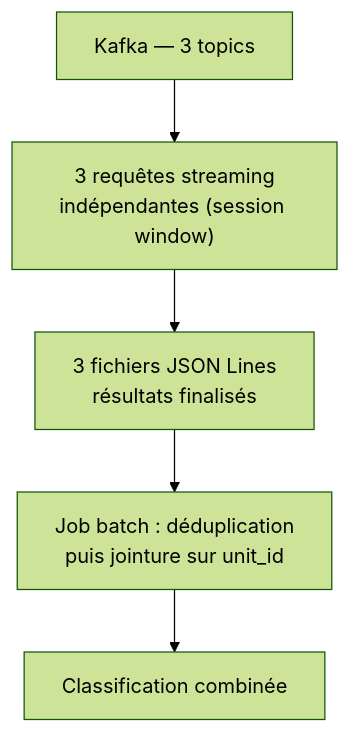
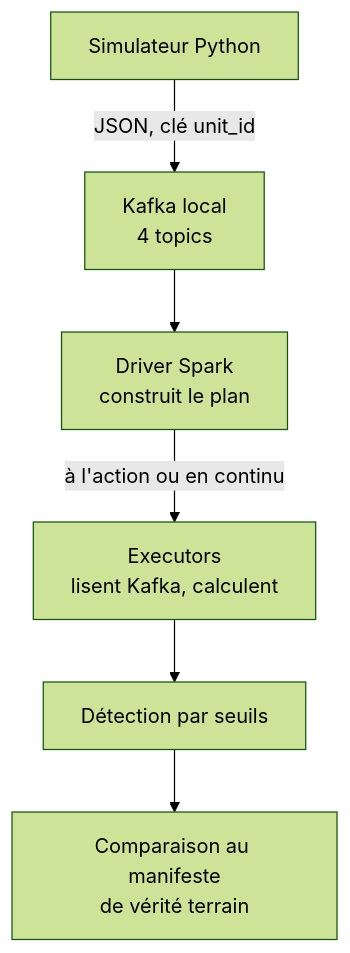
Before and after one commit to thcarole1/ev-powertrain-manufacturing_analytics: the first of 3 diagrams in README.md, drawn with Mermaid (forest theme). The commit also changed other lines of this file, not shown here.

Commit message:
docs: add clearer 3-sensor pipeline diagram to README (#15)

````diff
--- a/README.md
+++ b/README.md
@@ -23,7 +23,8 @@
 ```mermaid
 flowchart TD
-    A["Kafka — 3 topics"] --> B["3 requêtes streaming<br/>indépendantes (session window)"]
-    B --> C["3 fichiers JSON Lines<br/>résultats finalisés"]
-    C --> D["Job batch : déduplication<br/>puis jointure sur unit_id"]
-    D --> E["Classification combinée"]
+    A["Simulateur Python"] -->|"JSON, clé unit_id"| B["Kafka local<br/>4 topics"]
+    B --> C["Driver Spark<br/>construit le plan"]
+    C -->|"à l'action ou en continu"| D["Executors<br/>lisent Kafka, calculent"]
+    D --> E["Détection par seuils"]
+    E --> F["Comparaison au manifeste<br/>de vérité terrain"]
 ```
````
